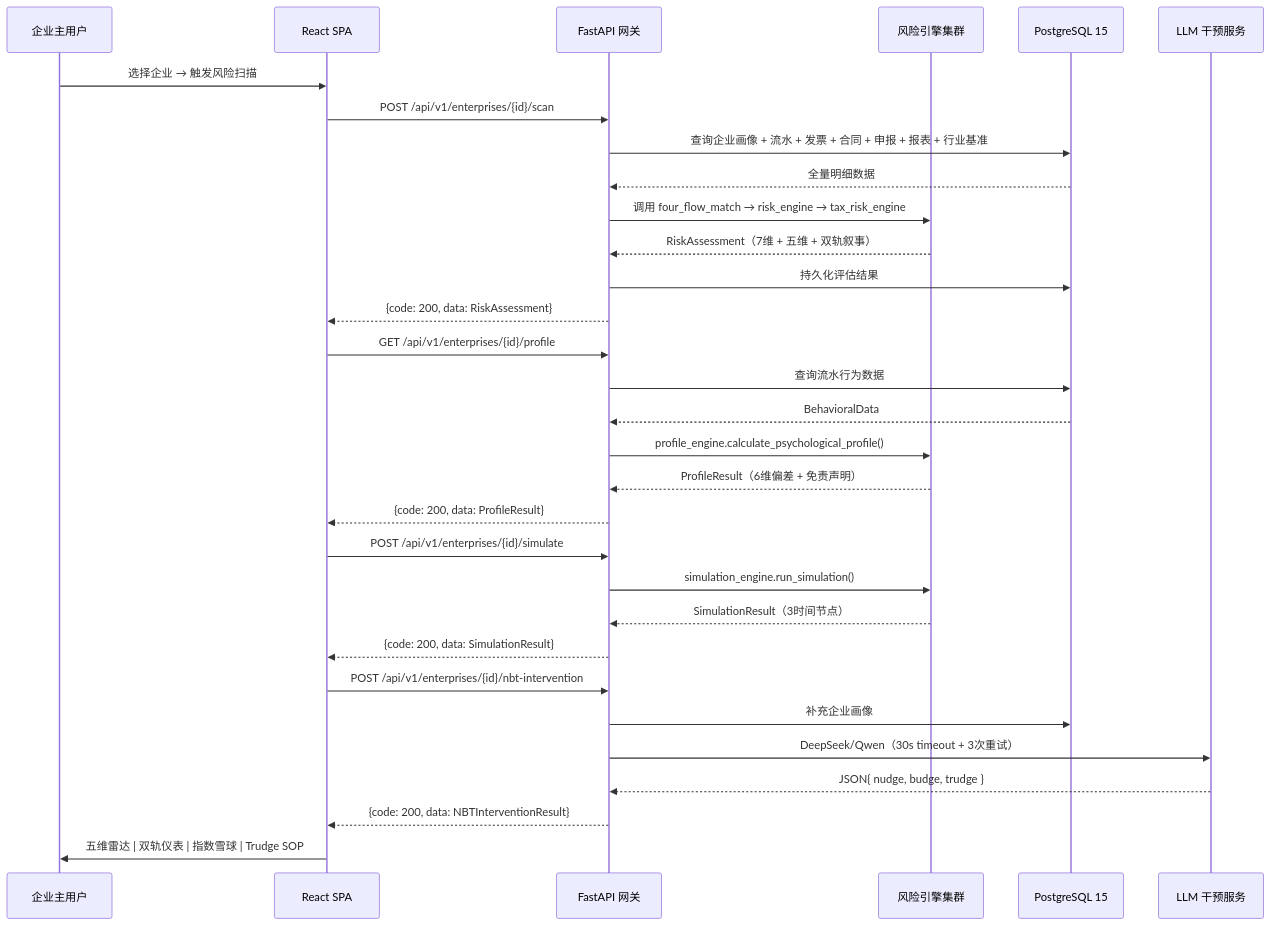
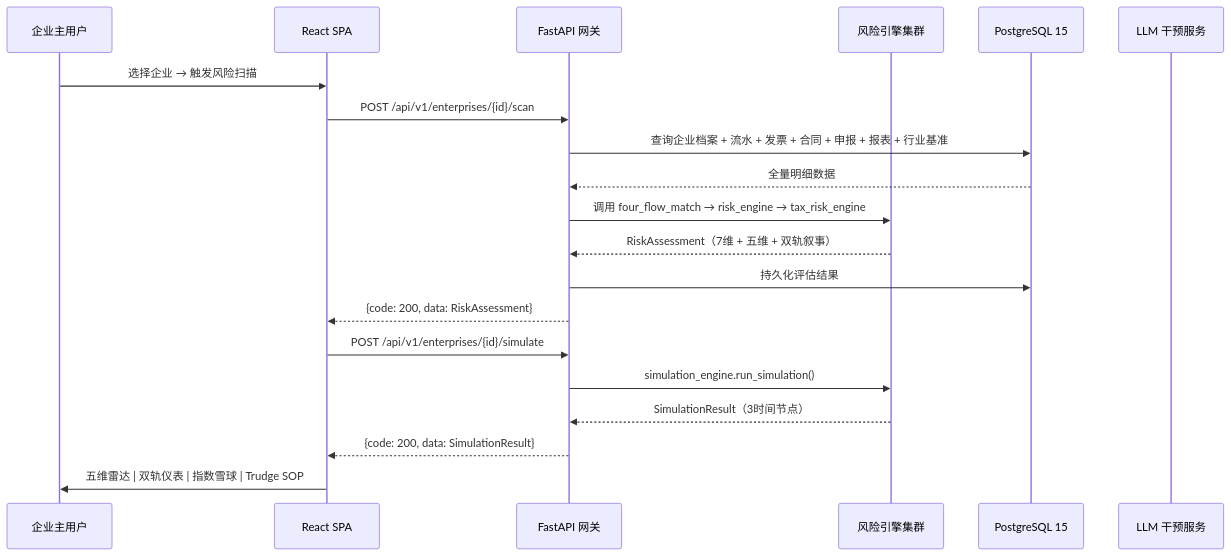
The third of 6 diagrams in docs/architecture.md (chsjchat-alt/mengniu-tax-ai-platform), drawn with Mermaid before and after one commit. The commit also changed other lines of this file and 41 other files, not shown here.

First line of the commit message:
docs: 彻底清理心理画像/Profile/SSF/NBT 残留并对齐当前代码库（V4 §5.4）

````diff
--- a/docs/architecture.md
+++ b/docs/architecture.md
@@ -135,43 +128,28 @@
 ```mermaid
 sequenceDiagram
     participant U as 企业主用户
     participant FE as React SPA
     participant API as FastAPI 网关
     participant RE as 风险引擎集群
     participant DB as PostgreSQL 15
     participant LLM as LLM 干预服务
 
     %% 阶段1: 风险扫描
     U->>FE: 选择企业 → 触发风险扫描
     FE->>API: POST /api/v1/enterprises/{id}/scan
-    API->>DB: 查询企业画像 + 流水 + 发票 + 合同 + 申报 + 报表 + 行业基准
+    API->>DB: 查询企业档案 + 流水 + 发票 + 合同 + 申报 + 报表 + 行业基准
     DB-->>API: 全量明细数据
     API->>RE: 调用 four_flow_match → risk_engine → tax_risk_engine
     RE-->>API: RiskAssessment（7维 + 五维 + 双轨叙事）
     API->>DB: 持久化评估结果
     API-->>FE: {code: 200, data: RiskAssessment}
 
-    %% 阶段2: 心理画像
-    FE->>API: GET /api/v1/enterprises/{id}/profile
-    API->>DB: 查询流水行为数据
-    DB-->>API: BehavioralData
-    API->>RE: profile_engine.calculate_psychological_profile()
-    RE-->>API: ProfileResult（6维偏差 + 免责声明）
-    API-->>FE: {code: 200, data: ProfileResult}
-
-    %% 阶段3: 风险模拟
+    %% 阶段2: 风险模拟
     FE->>API: POST /api/v1/enterprises/{id}/simulate
     API->>RE: simulation_engine.run_simulation()
     RE-->>API: SimulationResult（3时间节点）
     API-->>FE: {code: 200, data: SimulationResult}
 
-    %% 阶段4: NBT干预
-    FE->>API: POST /api/v1/enterprises/{id}/nbt-intervention
-    API->>DB: 补充企业画像
-    API->>LLM: DeepSeek/Qwen（30s timeout + 3次重试）
-    LLM-->>API: JSON{ nudge, budge, trudge }
-    API-->>FE: {code: 200, data: NBTInterventionResult}
-
     %% 渲染
     FE->>U: 五维雷达 | 双轨仪表 | 指数雪球 | Trudge SOP
 ```
````
